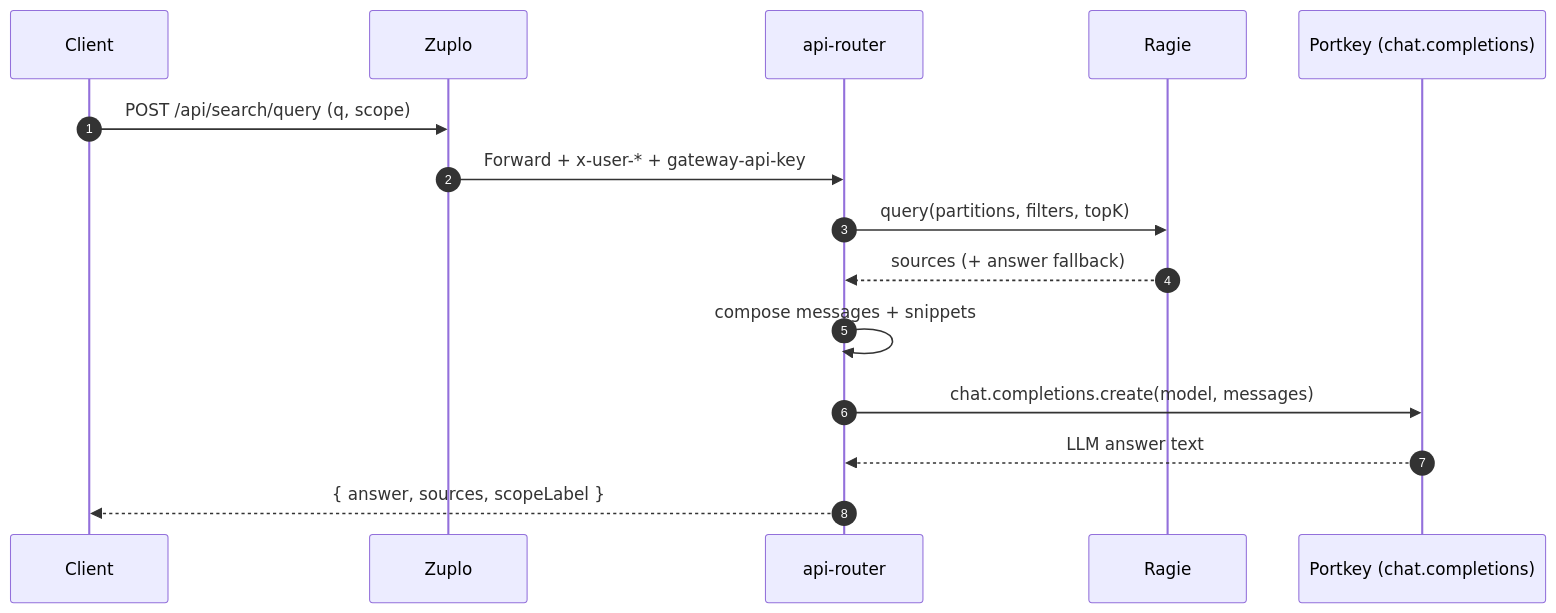
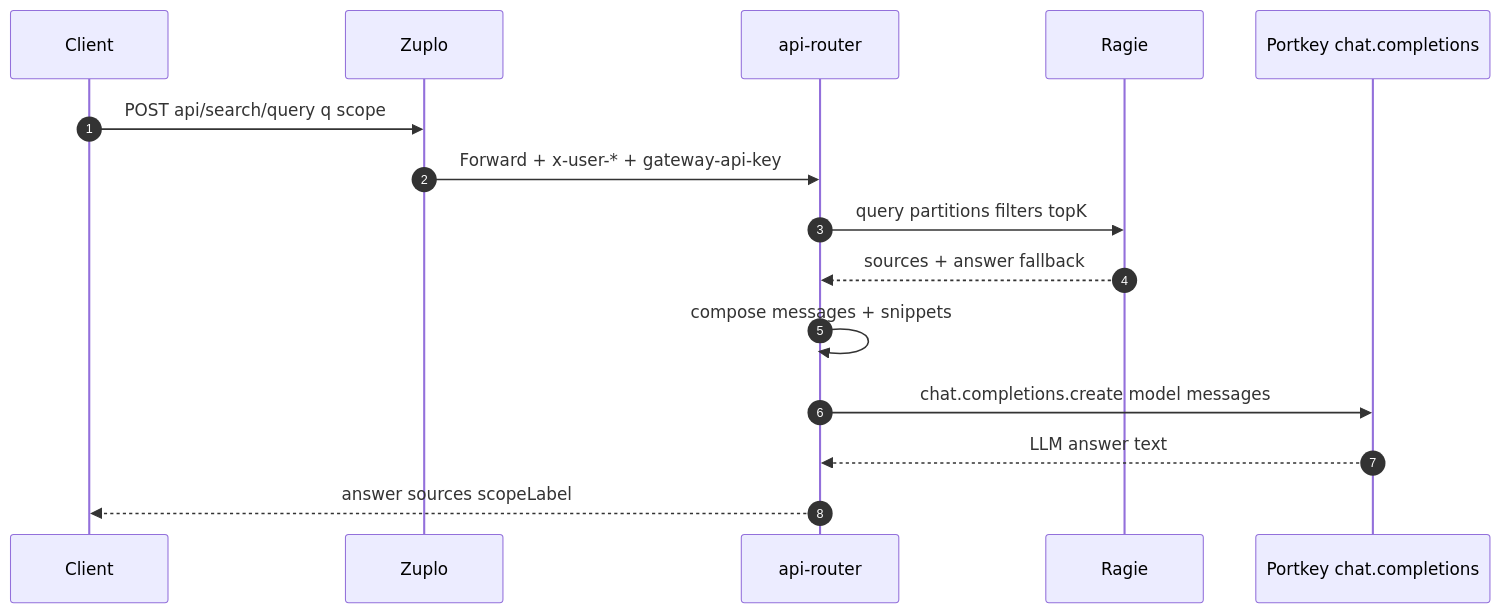
Before and after one commit to DormWay/mintlify-docs: diagram 20 of 23 in docs/engineering/architecture/how-dormway-works.mdx, drawn with Mermaid. The commit also changed other lines of this file, not shown here.

First line of the commit message:
fix: sanitize all 23 mermaid diagrams for Mermaid 11.x

````diff
--- a/docs/engineering/architecture/how-dormway-works.mdx
+++ b/docs/engineering/architecture/how-dormway-works.mdx
@@ -1255,18 +1255,18 @@
 ```mermaid
 sequenceDiagram
   autonumber
   participant Client as Client
   participant Zuplo as Zuplo
   participant API as api-router
   participant Ragie as Ragie
-  participant Portkey as Portkey (chat.completions)
+  participant Portkey as Portkey chat.completions
 
-  Client->>Zuplo: POST /api/search/query (q, scope)
+  Client->>Zuplo: POST api/search/query q scope
   Zuplo->>API: Forward + x-user-* + gateway-api-key
-  API->>Ragie: query(partitions, filters, topK)
-  Ragie-->>API: sources (+ answer fallback)
+  API->>Ragie: query partitions filters topK
+  Ragie-->>API: sources + answer fallback
   API->>API: compose messages + snippets
-  API->>Portkey: chat.completions.create(model, messages)
+  API->>Portkey: chat.completions.create model messages
   Portkey-->>API: LLM answer text
-  API-->>Client: { answer, sources, scopeLabel }
+  API-->>Client: answer sources scopeLabel
 ```
````
